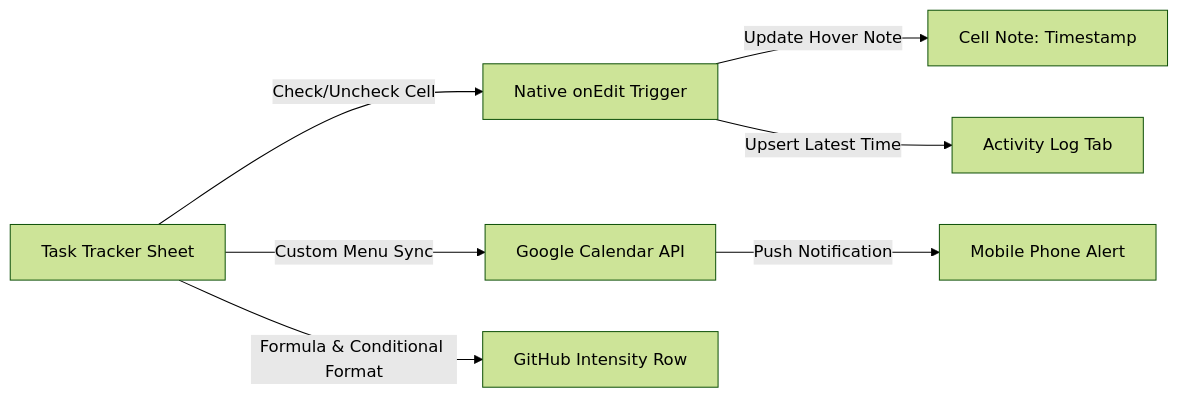
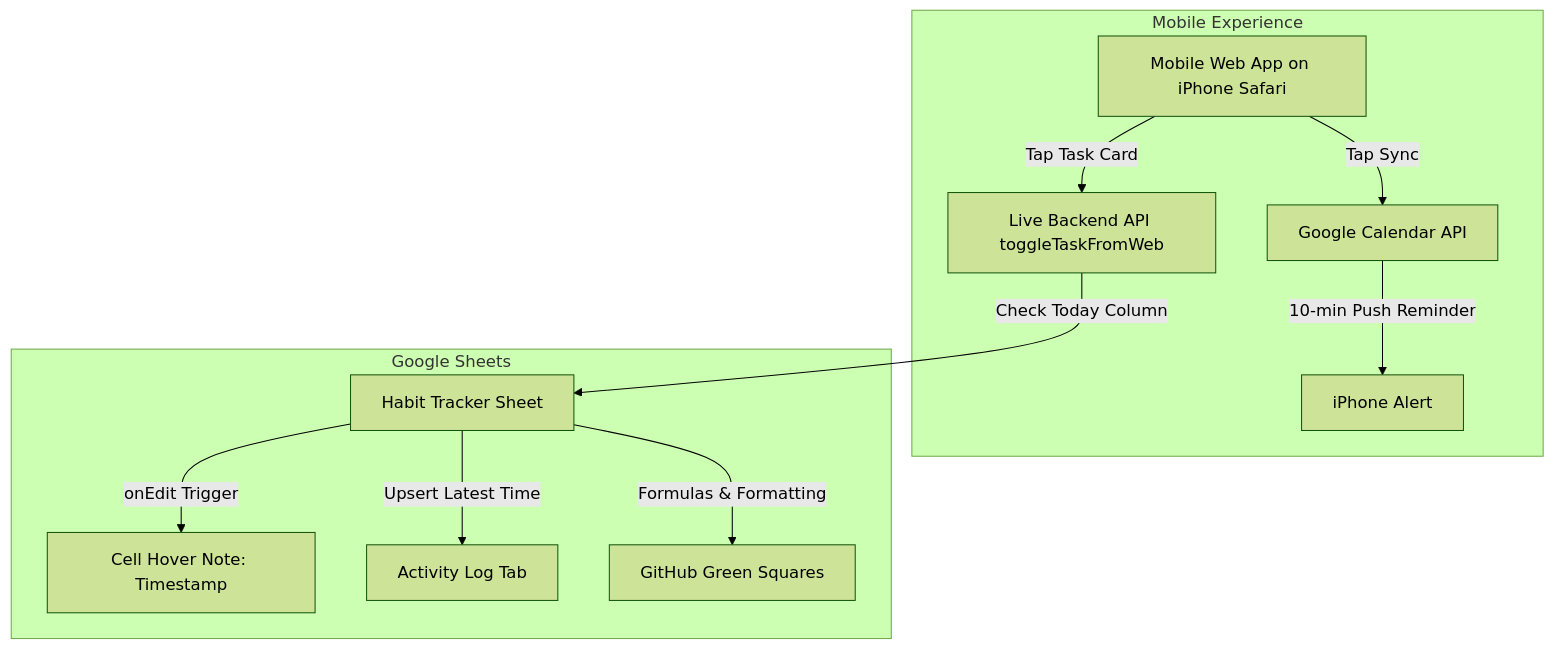
The diagram in README.md (meeta13-byte/Task-Tracker), drawn with Mermaid (forest theme) before and after one commit. The commit also changed other lines of this file and 2 other files, not shown here.

Commit message:
feat: add mobile-optimized GitHub dark mode Web App for iPhone with interactive tasks and green squares

````diff
--- a/README.md
+++ b/README.md
@@ -24,9 +21,15 @@
 ```mermaid
-flowchart LR
-    A[Task Tracker Sheet] -->|Check/Uncheck Cell| B[Native onEdit Trigger]
-    B -->|Update Hover Note| C[Cell Note: Timestamp]
-    B -->|Upsert Latest Time| D[Activity Log Tab]
-    A -->|Custom Menu Sync| E[Google Calendar API]
-    E -->|Push Notification| F[Mobile Phone Alert]
-    A -->|Formula & Conditional Format| G[GitHub Intensity Row]
+flowchart TD
+    subgraph Mobile Experience
+        A[Mobile Web App on iPhone Safari] -->|Tap Task Card| B[Live Backend API toggleTaskFromWeb]
+        A -->|Tap Sync| C[Google Calendar API]
+        C -->|10-min Push Reminder| D[iPhone Alert]
+    end
+
+    subgraph Google Sheets
+        B -->|Check Today Column| E[Habit Tracker Sheet]
+        E -->|onEdit Trigger| F[Cell Hover Note: Timestamp]
+        E -->|Upsert Latest Time| G[Activity Log Tab]
+        E -->|Formulas & Formatting| H[GitHub Green Squares]
+    end
 ```
````
